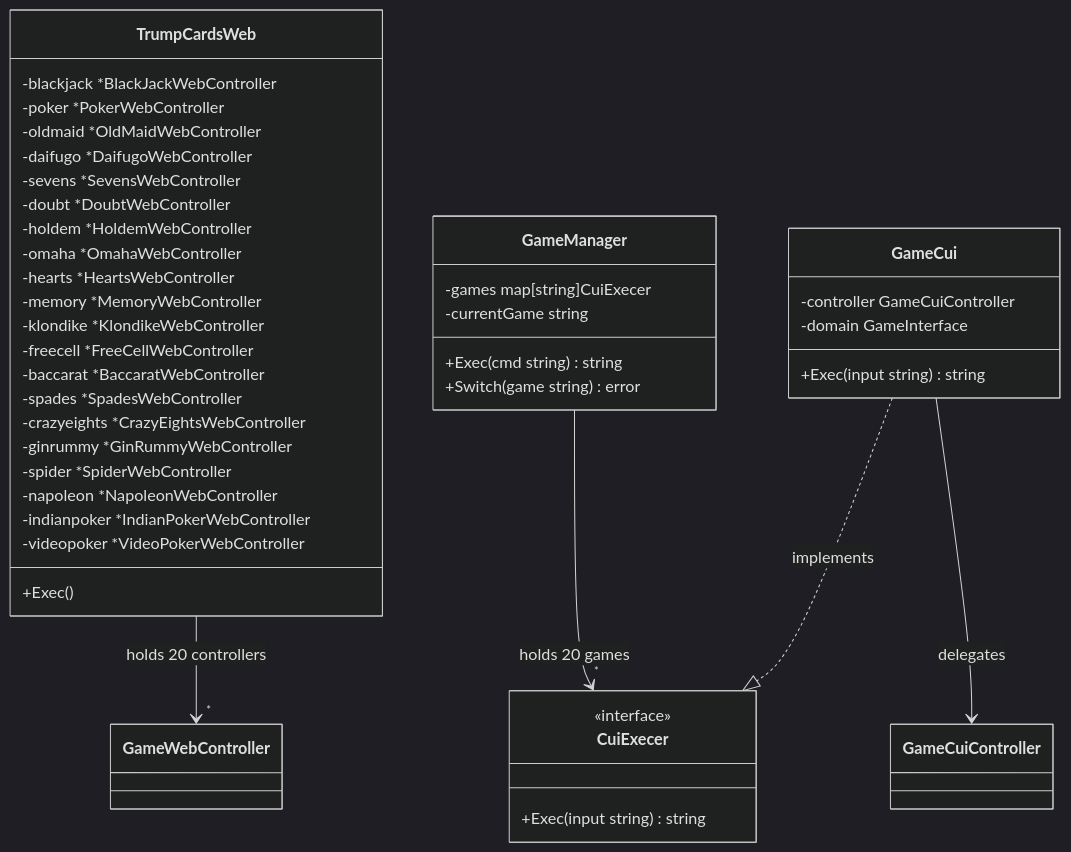
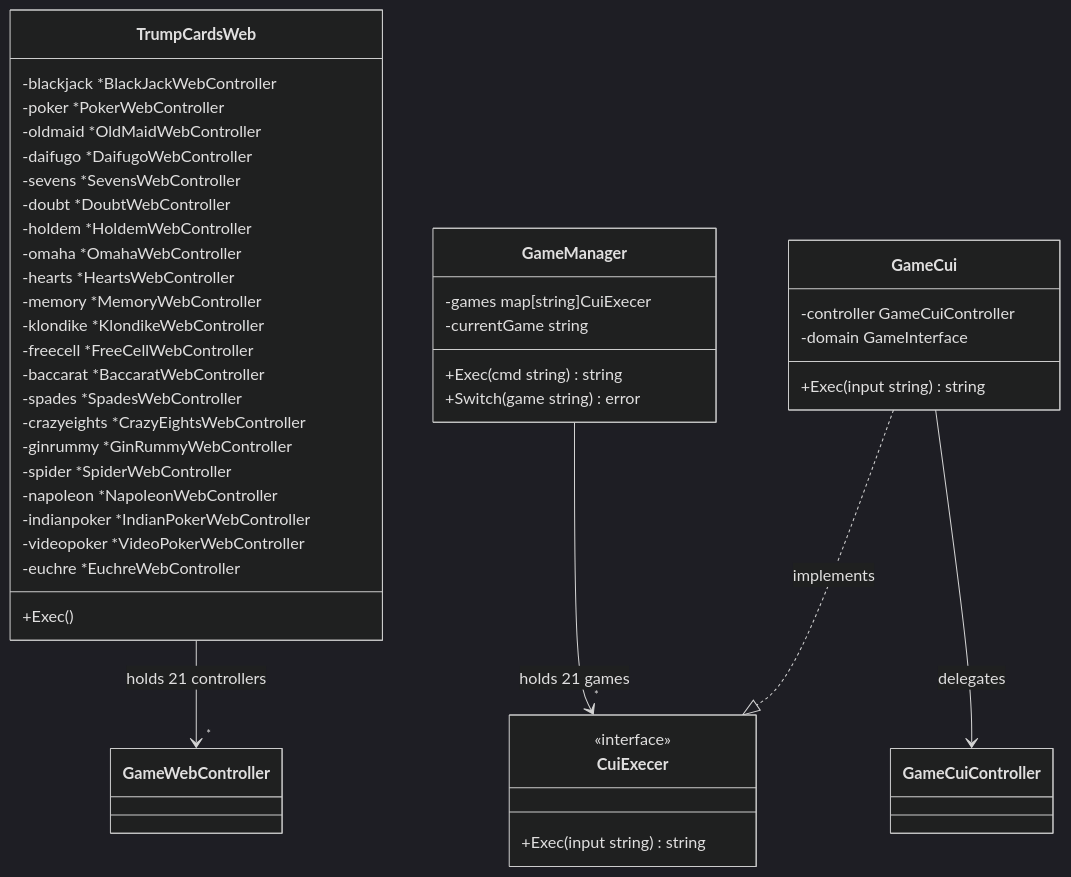
One commit to yuta-yoshinaga/go_trumpcards changed diagram 11 of 30 in docs/design/backend.md. Above: the diagram before and after it, drawn with Mermaid (dark theme). The commit also changed other lines of this file and 51 other files, not shown here.

First line of the commit message:
feat: add Euchre (ユーカー) game

````diff
--- a/docs/design/backend.md
+++ b/docs/design/backend.md
@@ -715,49 +745,50 @@
 ```mermaid
 classDiagram
     class TrumpCardsWeb {
         -blackjack *BlackJackWebController
         -poker *PokerWebController
         -oldmaid *OldMaidWebController
         -daifugo *DaifugoWebController
         -sevens *SevensWebController
         -doubt *DoubtWebController
         -holdem *HoldemWebController
         -omaha *OmahaWebController
         -hearts *HeartsWebController
         -memory *MemoryWebController
         -klondike *KlondikeWebController
         -freecell *FreeCellWebController
         -baccarat *BaccaratWebController
         -spades *SpadesWebController
         -crazyeights *CrazyEightsWebController
         -ginrummy *GinRummyWebController
         -spider *SpiderWebController
         -napoleon *NapoleonWebController
         -indianpoker *IndianPokerWebController
         -videopoker *VideoPokerWebController
+        -euchre *EuchreWebController
         +Exec()
     }
 
     class GameManager {
         -games map[string]CuiExecer
         -currentGame string
         +Exec(cmd string) string
         +Switch(game string) error
     }
 
     class CuiExecer {
         <<interface>>
         +Exec(input string) string
     }
 
     class GameCui {
         -controller GameCuiController
         -domain GameInterface
         +Exec(input string) string
     }
 
-    TrumpCardsWeb --> "*" GameWebController : holds 20 controllers
-    GameManager --> "*" CuiExecer : holds 20 games
+    TrumpCardsWeb --> "*" GameWebController : holds 21 controllers
+    GameManager --> "*" CuiExecer : holds 21 games
     GameCui ..|> CuiExecer : implements
     GameCui --> GameCuiController : delegates
 ```
````
